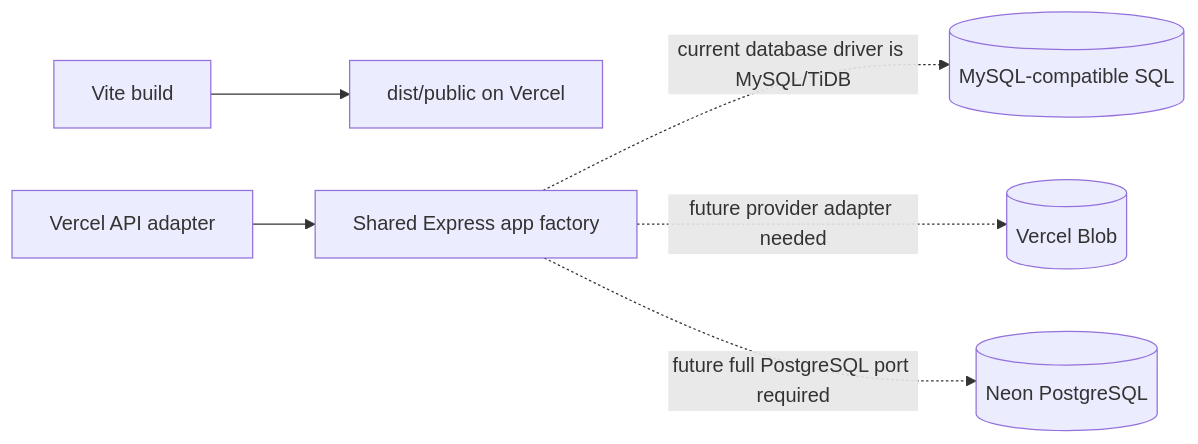
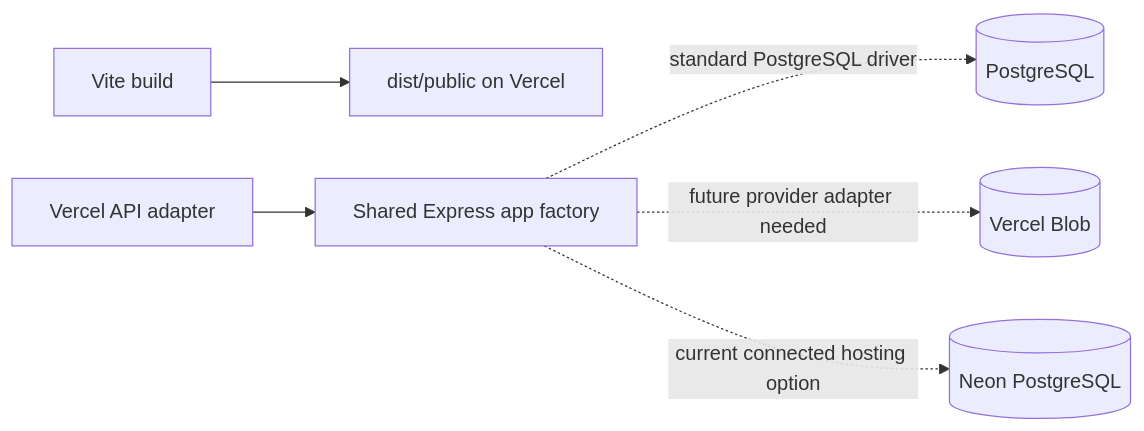
Before and after one commit to Fedi-Nasri/Portfolio: the seventh of 7 diagrams in ai-context/architecture-diagram.md, drawn with Mermaid. The commit also changed other lines of this file and 28 other files, not shown here.

````diff
--- a/ai-context/architecture-diagram.md
+++ b/ai-context/architecture-diagram.md
@@ -227,8 +227,8 @@
 ```mermaid
 flowchart LR
   Vite[Vite build] --> Static[dist/public on Vercel]
   Serverless[Vercel API adapter] --> Express[Shared Express app factory]
-  Express -. current database driver is MySQL/TiDB .-> CurrentDB[(MySQL-compatible SQL)]
+  Express -. standard PostgreSQL driver .-> CurrentDB[(PostgreSQL)]
   Express -. future provider adapter needed .-> Blob[(Vercel Blob)]
-  Express -. future full PostgreSQL port required .-> Neon[(Neon PostgreSQL)]
+  Express -. current connected hosting option .-> Neon[(Neon PostgreSQL)]
 ```
````
